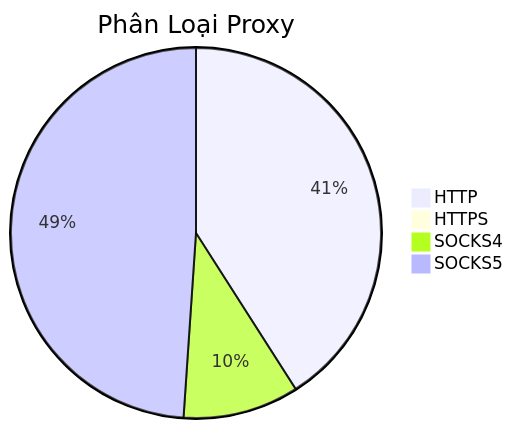
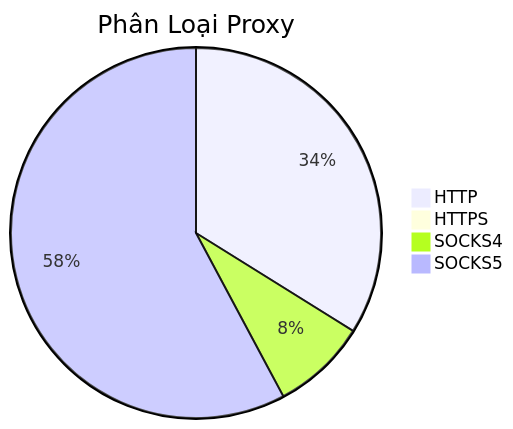
One commit to Ciara-Aa/PROXY-free changed the diagram in README.md. Above: the diagram before and after it, drawn with Mermaid. The commit also changed other lines of this file and 4 other files, not shown here.

````diff
--- a/README.md
+++ b/README.md
@@ -26,7 +26,7 @@
 ```mermaid
 pie title Phân Loại Proxy
-    "HTTP" : 1125
+    "HTTP" : 1190
     "HTTPS" : 1
-    "SOCKS4" : 278
-    "SOCKS5" : 1344
+    "SOCKS4" : 292
+    "SOCKS5" : 2031
 ```
````
